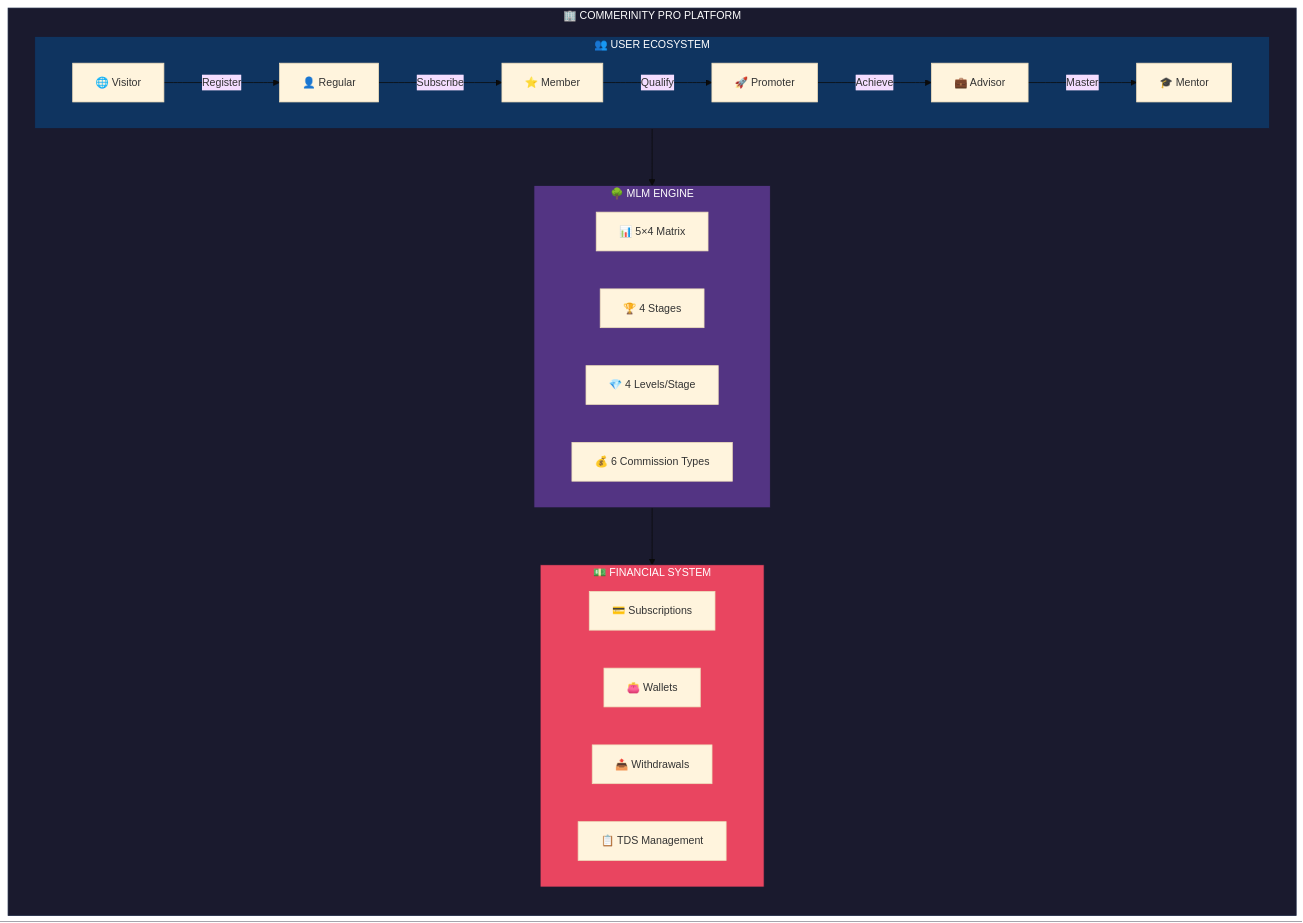
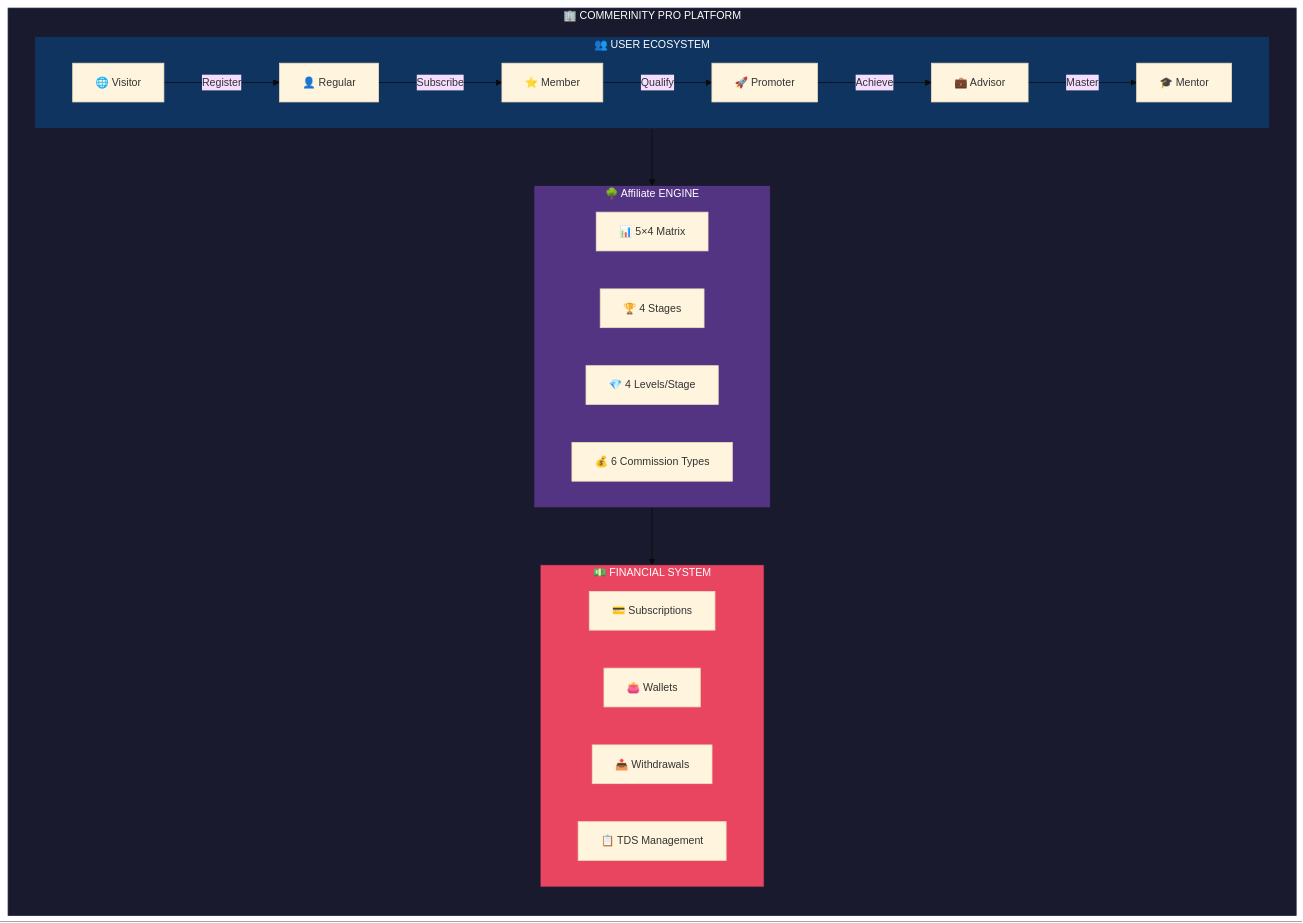
One commit to mintreu/commerinity changed the diagram in docs/flowcharts/README.md. Above: the diagram before and after it, drawn with Mermaid. The commit also changed other lines of this file and 309 other files, not shown here.

````diff
--- a/docs/flowcharts/README.md
+++ b/docs/flowcharts/README.md
@@ -125,48 +125,48 @@
 ```mermaid
 %%{init: {'theme': 'base', 'themeVariables': { 'fontSize': '14px'}}}%%
 
 flowchart TB
     subgraph PLATFORM["🏢 COMMERINITY PRO PLATFORM"]
         direction TB
 
         subgraph USERS["👥 USER ECOSYSTEM"]
             direction LR
             U1["🌐 Visitor"]
             U2["👤 Regular"]
             U3["⭐ Member"]
             U4["🚀 Promoter"]
             U5["💼 Advisor"]
             U6["🎓 Mentor"]
 
             U1 -->|Register| U2
             U2 -->|Subscribe| U3
             U3 -->|Qualify| U4
             U4 -->|Achieve| U5
             U5 -->|Master| U6
         end
 
-        subgraph MLM["🌳 MLM ENGINE"]
+        subgraph Affiliate["🌳 Affiliate ENGINE"]
             direction LR
             M1["📊 5×4 Matrix"]
             M2["🏆 4 Stages"]
             M3["💎 4 Levels/Stage"]
             M4["💰 6 Commission Types"]
         end
 
         subgraph FINANCE["💵 FINANCIAL SYSTEM"]
             direction LR
             F1["💳 Subscriptions"]
             F2["👛 Wallets"]
             F3["📤 Withdrawals"]
             F4["📋 TDS Management"]
         end
     end
 
-    USERS --> MLM
-    MLM --> FINANCE
+    USERS --> Affiliate
+    Affiliate --> FINANCE
 
     style PLATFORM fill:#1a1a2e,stroke:#16213e,color:#fff
     style USERS fill:#0f3460,stroke:#1a1a2e,color:#fff
-    style MLM fill:#533483,stroke:#1a1a2e,color:#fff
+    style Affiliate fill:#533483,stroke:#1a1a2e,color:#fff
     style FINANCE fill:#e94560,stroke:#1a1a2e,color:#fff
 ```
````
